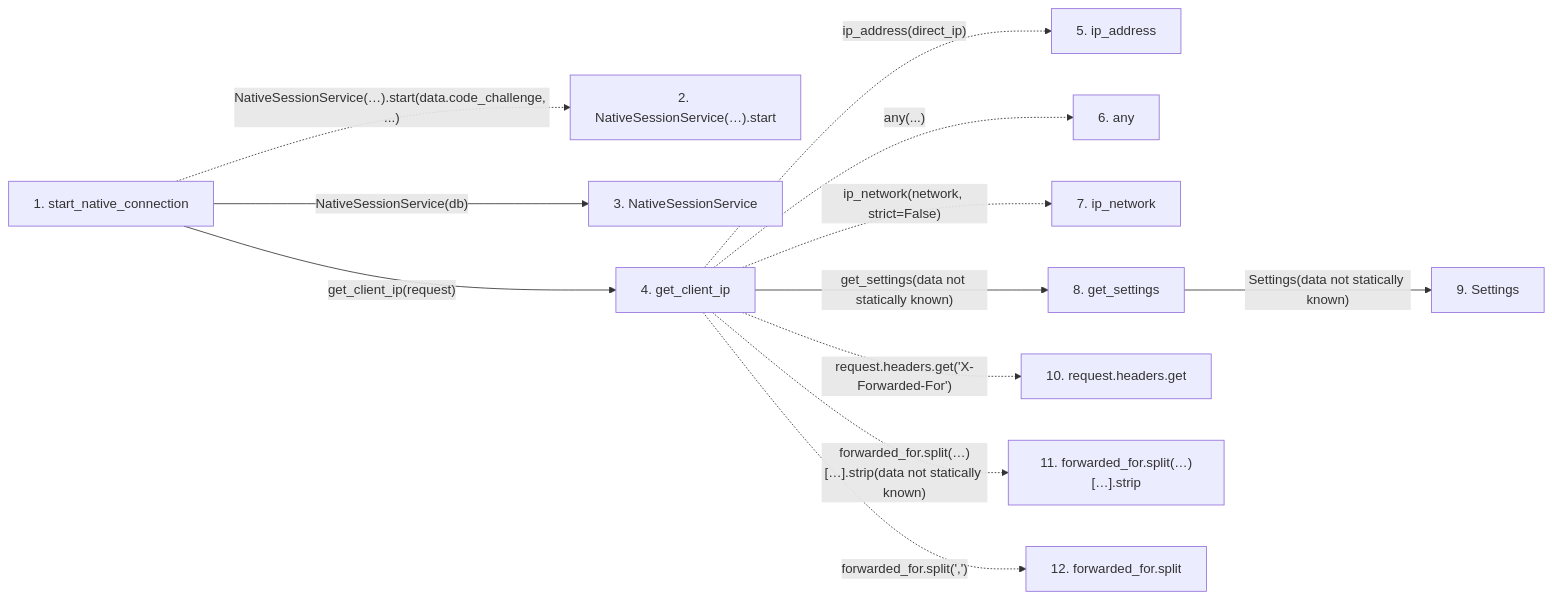
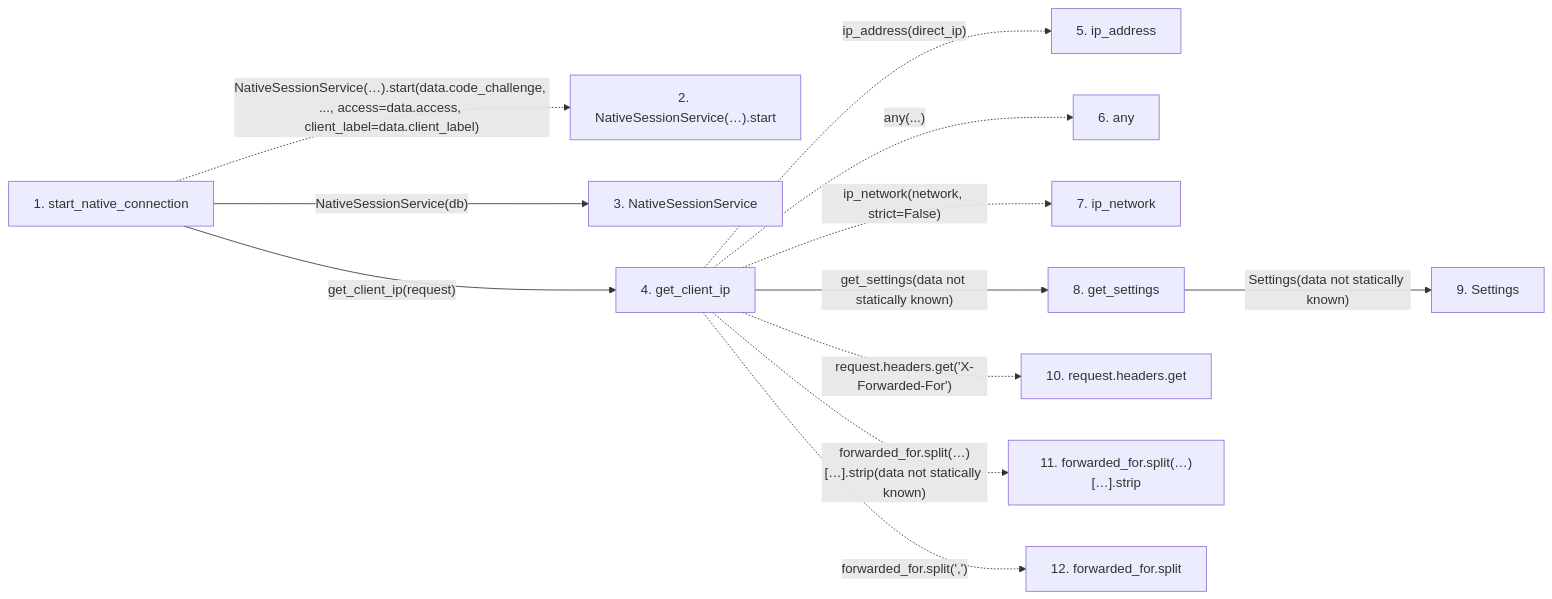
One commit to Denissvgn/WorkChord changed the second of 2 diagrams in docs/llm_wiki/flows/http-start_native_connection.md. Above: the diagram before and after it, drawn with Mermaid. The commit also changed other lines of this file and 1048 other files, not shown here.

````diff
--- a/docs/llm_wiki/flows/http-start_native_connection.md
+++ b/docs/llm_wiki/flows/http-start_native_connection.md
@@ -77,31 +77,31 @@
 ```mermaid
 flowchart LR
     s1["1. start_native_connection"]
     s2["2. NativeSessionService(…).start"]
     s3["3. NativeSessionService"]
     s4["4. get_client_ip"]
     s5["5. ip_address"]
     s6["6. any"]
     s7["7. ip_network"]
     s8["8. get_settings"]
     s9["9. Settings"]
     s10["10. request.headers.get"]
     s11["11. forwarded_for.split(…)[…].strip"]
     s12["12. forwarded_for.split"]
-    s1 -. "NativeSessionService(…).start(data.code_challenge, ...)" .-> s2
+    s1 -. "NativeSessionService(…).start(data.code_challenge, ..., access=data.access, client_label=data.client_label)" .-> s2
     s1 -->|"NativeSessionService(db)"| s3
     s1 -->|"get_client_ip(request)"| s4
     s4 -. "ip_address(direct_ip)" .-> s5
     s4 -. "any(...)" .-> s6
     s4 -. "ip_network(network, strict=False)" .-> s7
     s4 -->|"get_settings(data not statically known)"| s8
     s8 -->|"Settings(data not statically known)"| s9
     s4 -. "request.headers.get('X-Forwarded-For')" .-> s10
     s4 -. "forwarded_for.split(…)[…].strip(data not statically known)" .-> s11
     s4 -. "forwarded_for.split(',')" .-> s12
     click s1 "../modules/routers_identity.md"
     click s3 "../modules/native_session_service.md"
     click s4 "../modules/session_service.md"
     click s8 "../modules/config.md"
     click s9 "../modules/config.md"
 ```
````
